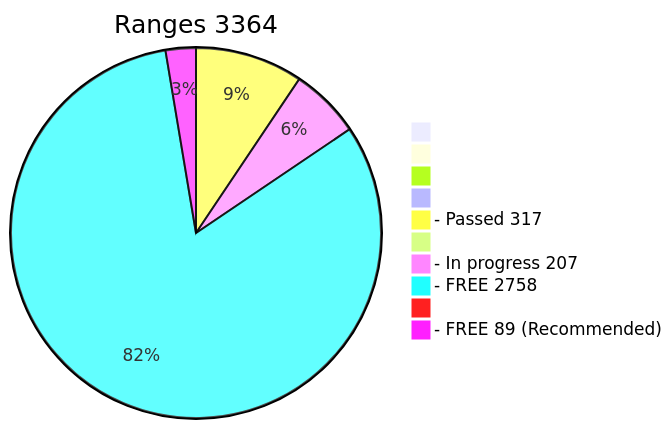
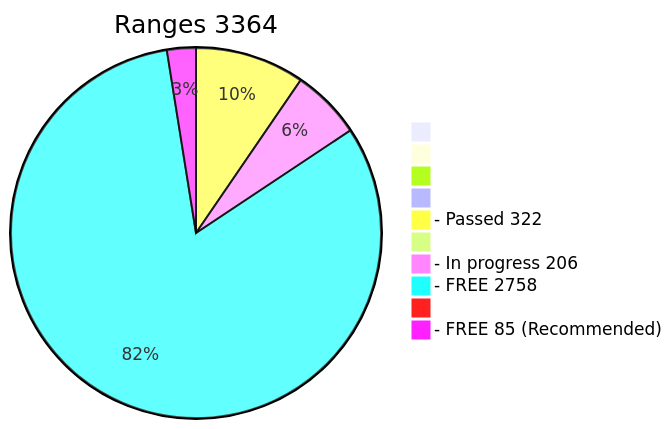
Before and after one commit to phrutis/wif500: the diagram in x64/Release/table.md, drawn with Mermaid. The commit also changed other lines of this file, not shown here.

````diff
--- a/x64/Release/table.md
+++ b/x64/Release/table.md
@@ -2,13 +2,13 @@
 ```mermaid
 pie title Ranges 3364
   " " : 0
   "  " : 0
   "   " : 0
   "    " : 0
-  "- Passed 317" : 317
+  "- Passed 322" : 322
   "     " : 0
-  "- In progress 207" : 207
+  "- In progress 206" : 206
   "- FREE 2758" : 2758
   "      " : 0
-  "- FREE 89 (Recommended)" : 89
+  "- FREE 85 (Recommended)" : 85
 ```
````
